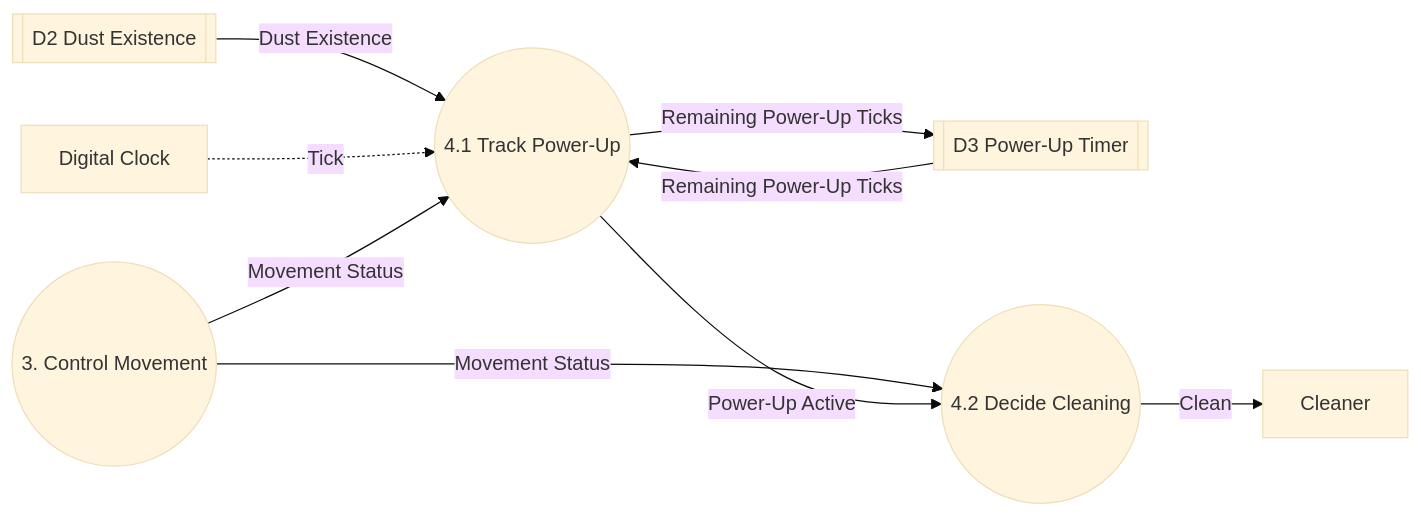
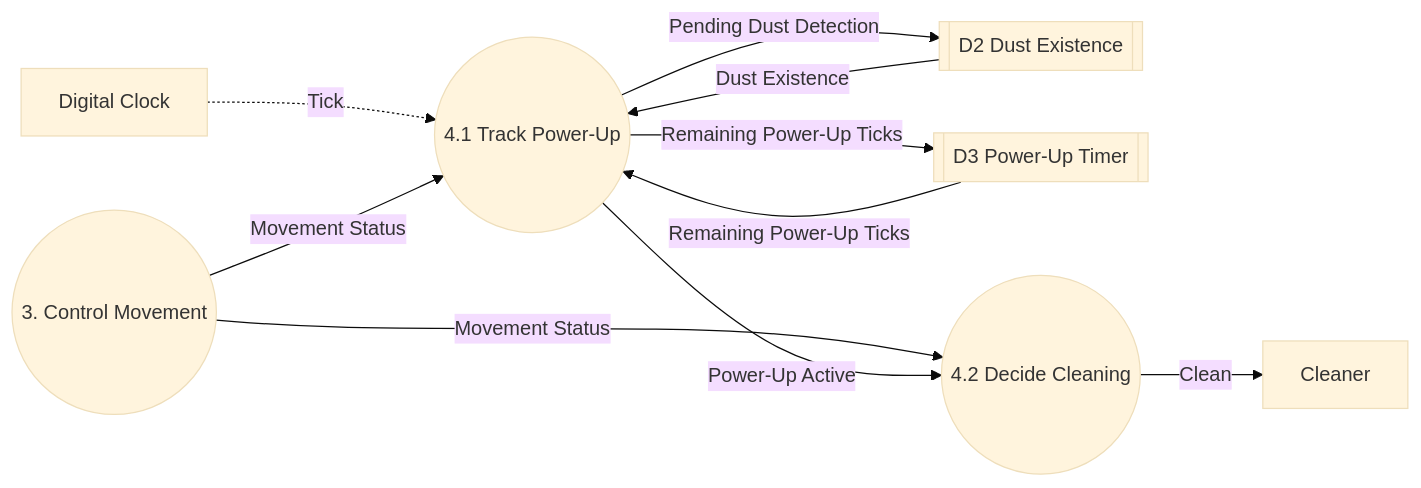
One commit to cmh0322/rvc-hw3-2 changed the second of 2 diagrams in artifacts/SA/DFD/dfd_level_2.md. Above: the diagram before and after it, drawn with Mermaid (base theme). The commit also changed other lines of this file and 1155 other files, not shown here.

````diff
--- a/artifacts/SA/DFD/dfd_level_2.md
+++ b/artifacts/SA/DFD/dfd_level_2.md
@@ -60,20 +60,21 @@
 ```mermaid
 flowchart LR
     DigitalClock["Digital Clock"]
     Cleaner["Cleaner"]
     DS2[["D2 Dust Existence"]]
     DS3[["D3 Power-Up Timer"]]
     P3ext(("3. Control Movement"))
 
     P41(("4.1 Track Power-Up"))
     P42(("4.2 Decide Cleaning"))
 
     DS2 -->|Dust Existence| P41
     DigitalClock -.->|Tick| P41
     P3ext -->|Movement Status| P41
     P3ext -->|Movement Status| P42
     DS3 -->|Remaining Power-Up Ticks| P41
     P41 -->|Remaining Power-Up Ticks| DS3
+    P41 -->|Pending Dust Detection| DS2
     P41 -->|Power-Up Active| P42
     P42 -->|Clean| Cleaner
 ```
````
